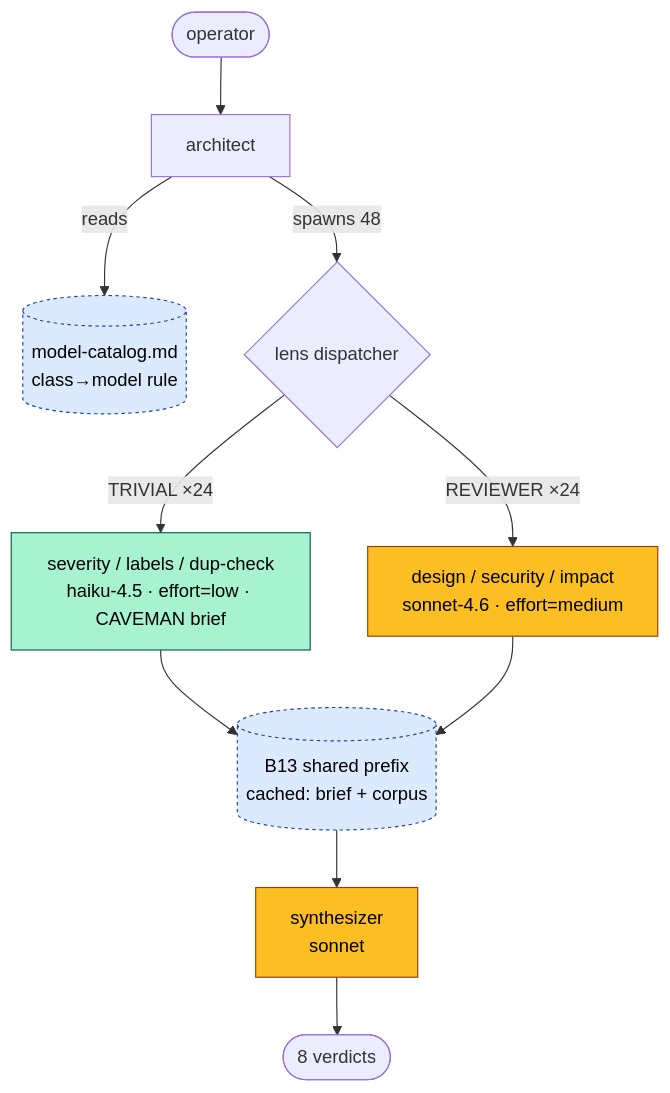
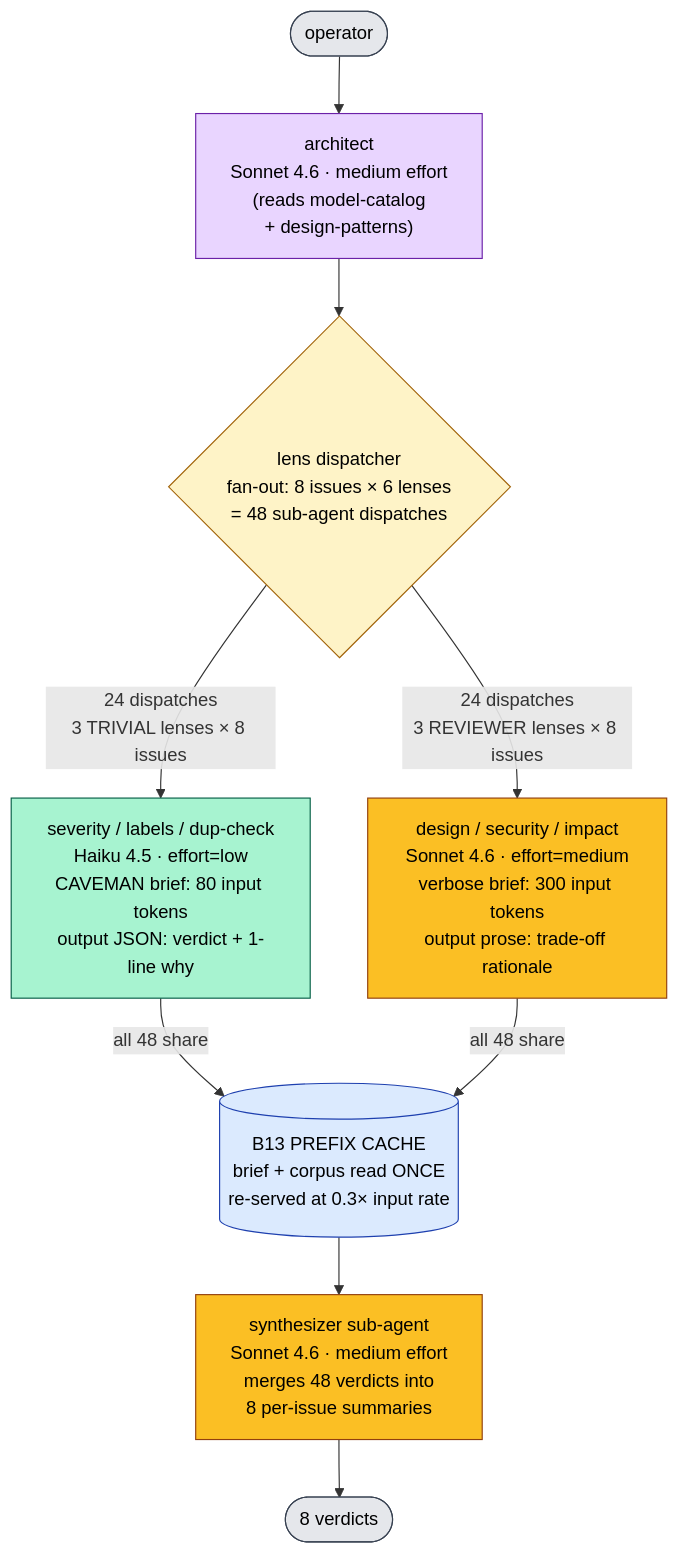
One commit to jeremiah-snee-openx/genesis changed the second of 4 diagrams in dev/empirical-proof/REPORT.md. Above: the diagram before and after it, drawn with Mermaid. The commit also changed other lines of this file, not shown here.

First line of the commit message:
report: rewrite for external reader with refined architecture diagrams

````diff
--- a/dev/empirical-proof/REPORT.md
+++ b/dev/empirical-proof/REPORT.md
@@ -95,22 +152,29 @@
 ```mermaid
 flowchart TD
-    Op([operator]) --> Arch[architect]
-    Arch -->|reads| MC[(model-catalog.md<br/>class→model rule)]
-    Arch -->|spawns 48| Disp{lens dispatcher}
+    Op([operator])
+    Arch["architect<br/>Sonnet 4.6 · medium effort<br/>(reads model-catalog<br/>+ design-patterns)"]
+    Op --> Arch
+    Arch --> Disp{"lens dispatcher<br/>fan-out: 8 issues × 6 lenses<br/>= 48 sub-agent dispatches"}
 
-    Disp -->|TRIVIAL ×24| TR[severity / labels / dup-check<br/>haiku-4.5 · effort=low · CAVEMAN brief]
-    Disp -->|REVIEWER ×24| RV[design / security / impact<br/>sonnet-4.6 · effort=medium]
+    Disp -->|24 dispatches<br/>3 TRIVIAL lenses × 8 issues| TR["severity / labels / dup-check<br/>Haiku 4.5 · effort=low<br/>CAVEMAN brief: 80 input tokens<br/>output JSON: verdict + 1-line why"]
+    Disp -->|24 dispatches<br/>3 REVIEWER lenses × 8 issues| RV["design / security / impact<br/>Sonnet 4.6 · effort=medium<br/>verbose brief: 300 input tokens<br/>output prose: trade-off rationale"]
 
-    TR --> Cache[(B13 shared prefix<br/>cached: brief + corpus)]
-    RV --> Cache
+    TR -->|all 48 share| Cache[("B13 PREFIX CACHE<br/>brief + corpus read ONCE<br/>re-served at 0.3× input rate")]
+    RV -->|all 48 share| Cache
 
-    Cache --> Synth[synthesizer<br/>sonnet]
+    Cache --> Synth["synthesizer sub-agent<br/>Sonnet 4.6 · medium effort<br/>merges 48 verdicts into<br/>8 per-issue summaries"]
     Synth --> Out([8 verdicts])
 
     classDef haiku fill:#a7f3d0,stroke:#065f46,color:#000
     classDef sonnet fill:#fbbf24,stroke:#92400e,color:#000
-    classDef pattern fill:#dbeafe,stroke:#1e40af,color:#000,stroke-dasharray: 3 3
+    classDef arch fill:#e9d5ff,stroke:#6b21a8,color:#000
+    classDef cache fill:#dbeafe,stroke:#1e40af,color:#000
+    classDef out fill:#e5e7eb,stroke:#374151,color:#000
+    classDef disp fill:#fef3c7,stroke:#a16207,color:#000
+    class Arch arch
     class TR haiku
     class RV,Synth sonnet
-    class MC,Cache pattern
+    class Cache cache
+    class Disp disp
+    class Op,Out out
 ```
````
